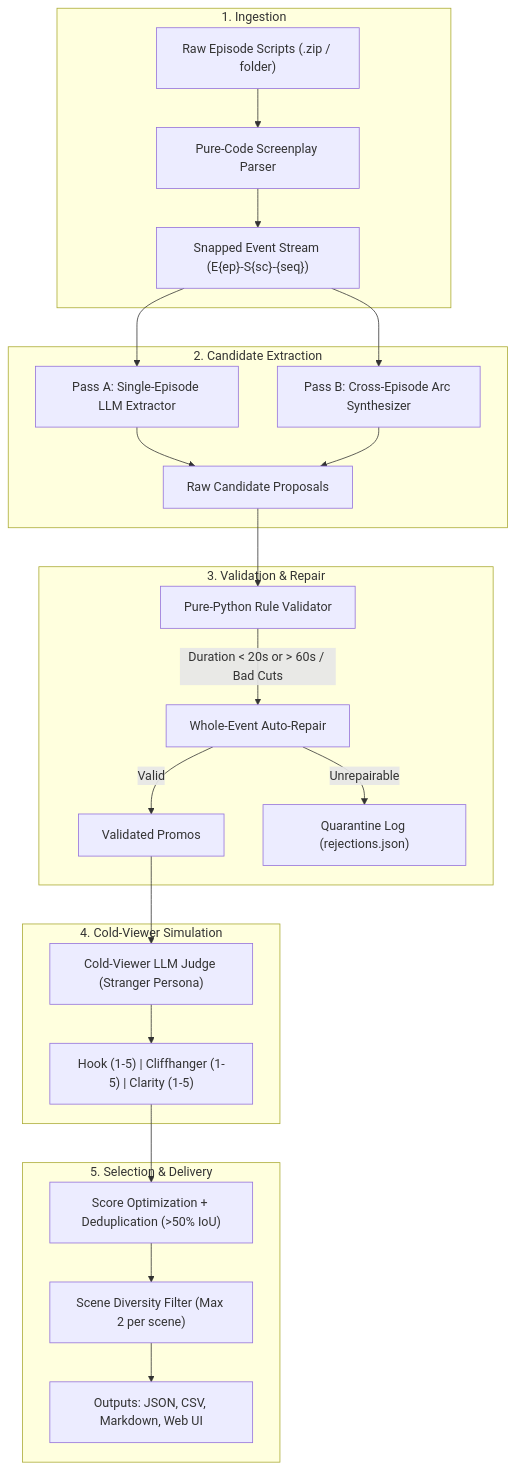
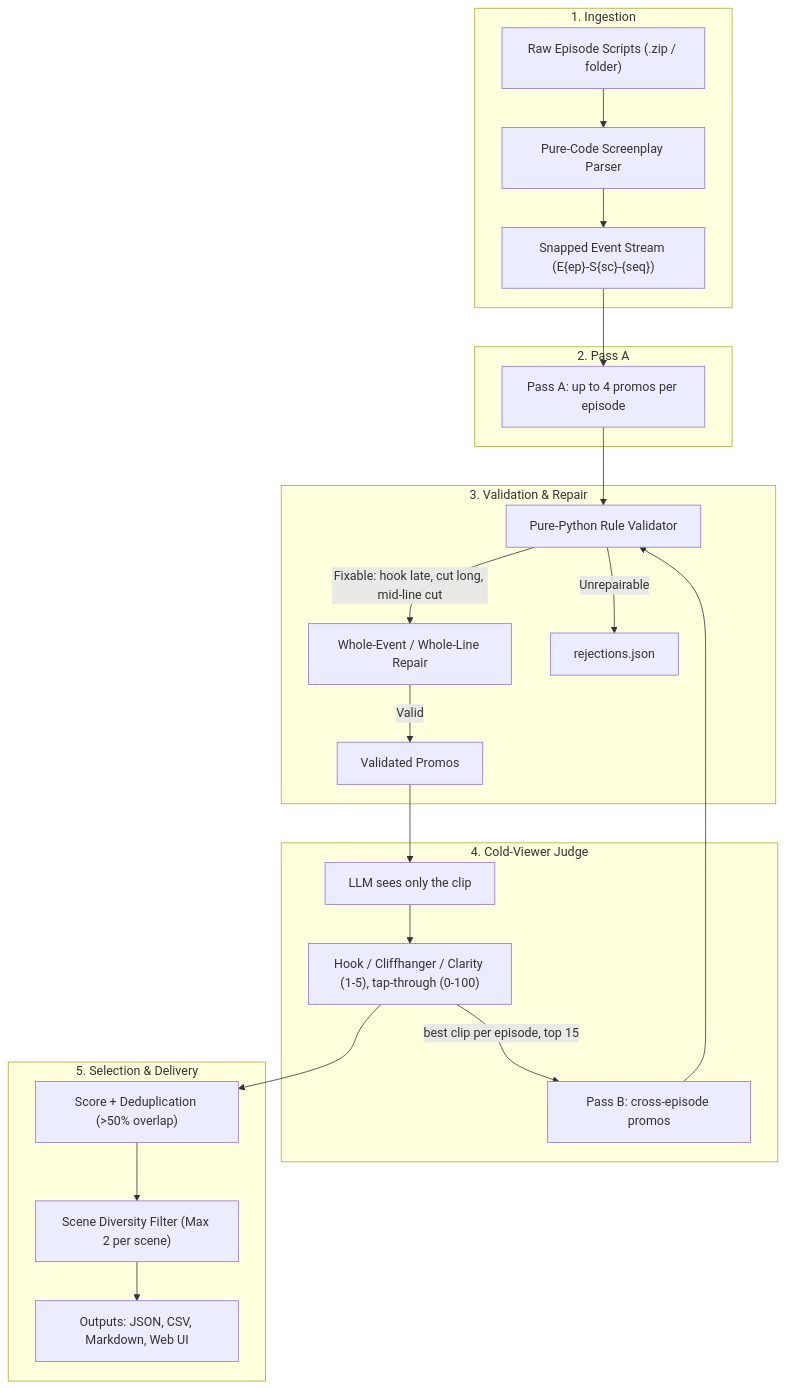
One commit to goldenk23/kuku-promo-finder changed the diagram in README.md. Above: the diagram before and after it, drawn with Mermaid. The commit also changed other lines of this file and 12 other files, not shown here.

Commit message:
fix: cross-episode pass, judge timeline and calibration, mid-line cuts, cost accounting, outputs

````diff
--- a/README.md
+++ b/README.md
@@ -26,32 +26,31 @@
 ```mermaid
 flowchart TD
     subgraph Input ["1. Ingestion"]
         ZIP["Raw Episode Scripts (.zip / folder)"] --> Parser["Pure-Code Screenplay Parser"]
         Parser --> Events["Snapped Event Stream (E{ep}-S{sc}-{seq})"]
     end
 
-    subgraph Generation ["2. Candidate Extraction"]
-        Events --> PassA["Pass A: Single-Episode LLM Extractor"]
-        Events --> PassB["Pass B: Cross-Episode Arc Synthesizer"]
-        PassA --> RawCandidates["Raw Candidate Proposals"]
-        PassB --> RawCandidates
+    subgraph Generation ["2. Pass A"]
+        Events --> PassA["Pass A: up to 4 promos per episode"]
     end
 
     subgraph Guardrails ["3. Validation & Repair"]
-        RawCandidates --> Validator["Pure-Python Rule Validator"]
-        Validator -->|"Duration < 20s or > 60s / Bad Cuts"| Repair["Whole-Event Auto-Repair"]
+        PassA --> Validator["Pure-Python Rule Validator"]
+        Validator -->|"Fixable: hook late, cut long, mid-line cut"| Repair["Whole-Event / Whole-Line Repair"]
         Repair -->|"Valid"| Validated["Validated Promos"]
-        Repair -->|"Unrepairable"| Rejections["Quarantine Log (rejections.json)"]
+        Validator -->|"Unrepairable"| Rejections["rejections.json"]
     end
 
-    subgraph Evaluation ["4. Cold-Viewer Simulation"]
-        Validated --> Judge["Cold-Viewer LLM Judge (Stranger Persona)"]
-        Judge --> Scores["Hook (1-5) | Cliffhanger (1-5) | Clarity (1-5)"]
+    subgraph Evaluation ["4. Cold-Viewer Judge"]
+        Validated --> Judge["LLM sees only the clip"]
+        Judge --> Scores["Hook / Cliffhanger / Clarity (1-5), tap-through (0-100)"]
+        Scores -->|"best clip per episode, top 15"| PassB["Pass B: cross-episode promos"]
+        PassB --> Validator
     end
 
     subgraph Ranking ["5. Selection & Delivery"]
-        Scores --> Ranker["Score Optimization + Deduplication (>50% IoU)"]
+        Scores --> Ranker["Score + Deduplication (>50% overlap)"]
         Ranker --> Diversity["Scene Diversity Filter (Max 2 per scene)"]
         Diversity --> Outputs["Outputs: JSON, CSV, Markdown, Web UI"]
     end
 ```
````
